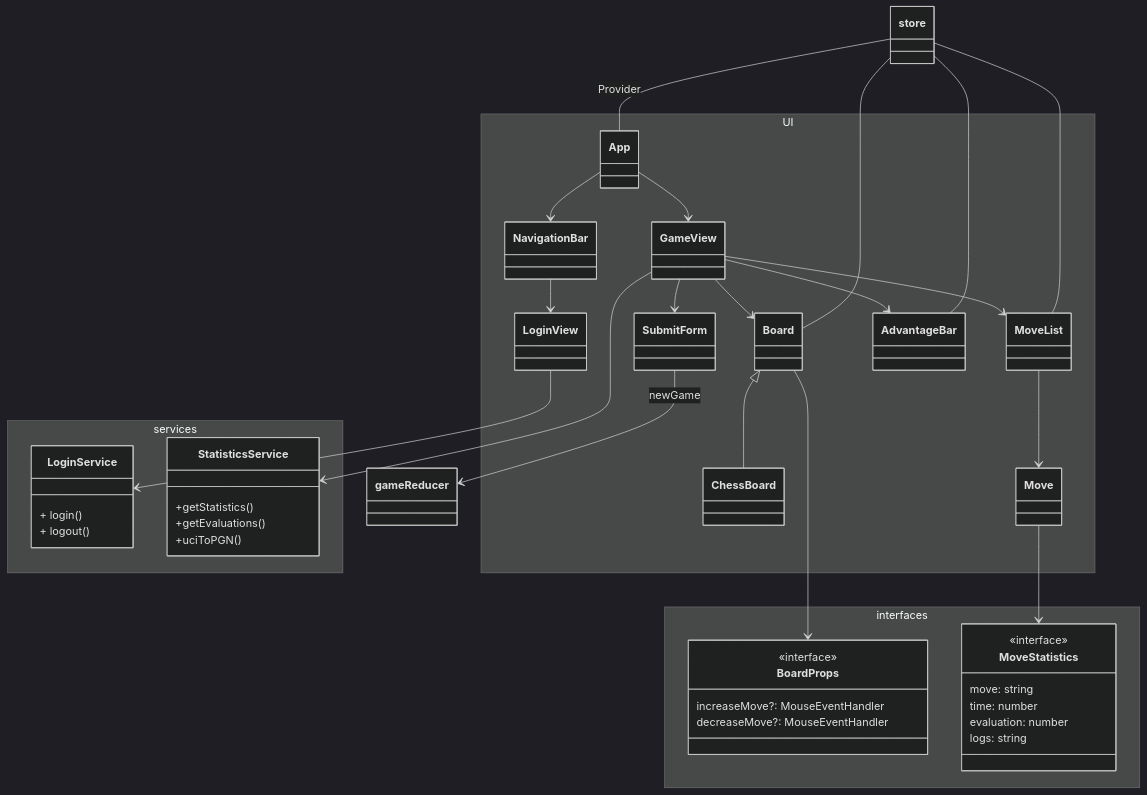
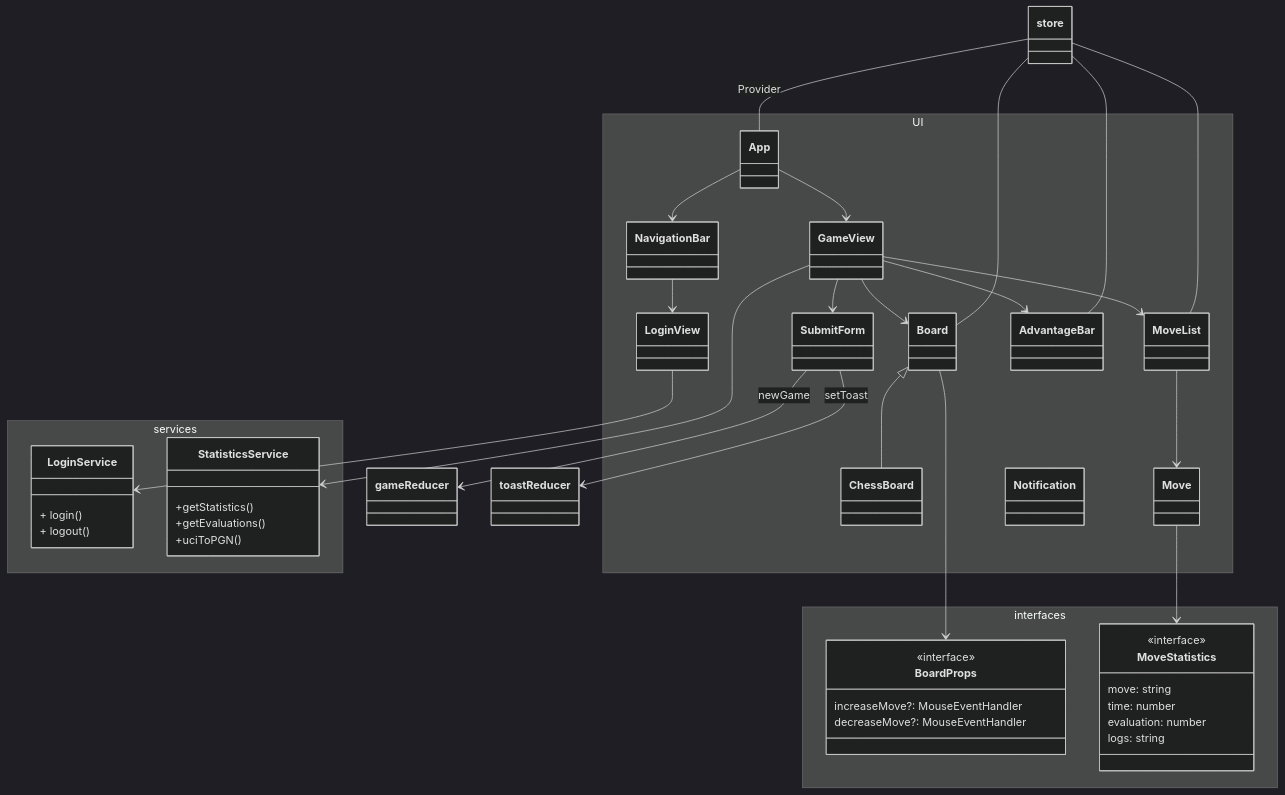
One commit to game-ai-platform-team/tira-ai-platform changed the fourth of 5 diagrams in docs/architecture.md. Above: the diagram before and after it, drawn with Mermaid (dark theme). The commit also changed other lines of this file and 1 other file, not shown here.

Commit message:
docs(#121) Include toastReducer in documentation

````diff
--- a/docs/architecture.md
+++ b/docs/architecture.md
@@ -229,69 +229,71 @@
 ```mermaid
 classDiagram
 store -- App: Provider
 
 App --> NavigationBar
 App --> GameView
 
 NavigationBar --> LoginView
 LoginView --> LoginService
 
 GameView --> SubmitForm
 GameView --> StatisticsService
 GameView --> MoveList
 GameView --> Board
 GameView --> AdvantageBar
 
 Board <|-- ChessBoard
 Board --> BoardProps
 
 MoveList --> Move
 Move --> MoveStatistics
 
 SubmitForm --> gameReducer: newGame
+SubmitForm --> toastReducer: setToast
 Board -- store
 MoveList -- store
 AdvantageBar -- store
 
 namespace interfaces {
     class MoveStatistics {
     <<interface>>
     move: string
     time: number
     evaluation: number
     logs: string
     }
 
     class BoardProps {
         <<interface>>
         increaseMove?: MouseEventHandler
         decreaseMove?: MouseEventHandler
     }
 }
 
 namespace services {
     class StatisticsService {
         +getStatistics()
         +getEvaluations()
         +uciToPGN()
     }
 
     class LoginService {
         + login()
         + logout()
     }
 }
 
 namespace UI {
     class App
     class NavigationBar
     class GameView
     class SubmitForm
     class AdvantageBar
     class Board
     class ChessBoard
     class Move
     class MoveList
     class LoginView
+    class Notification
 }
 ```
````
